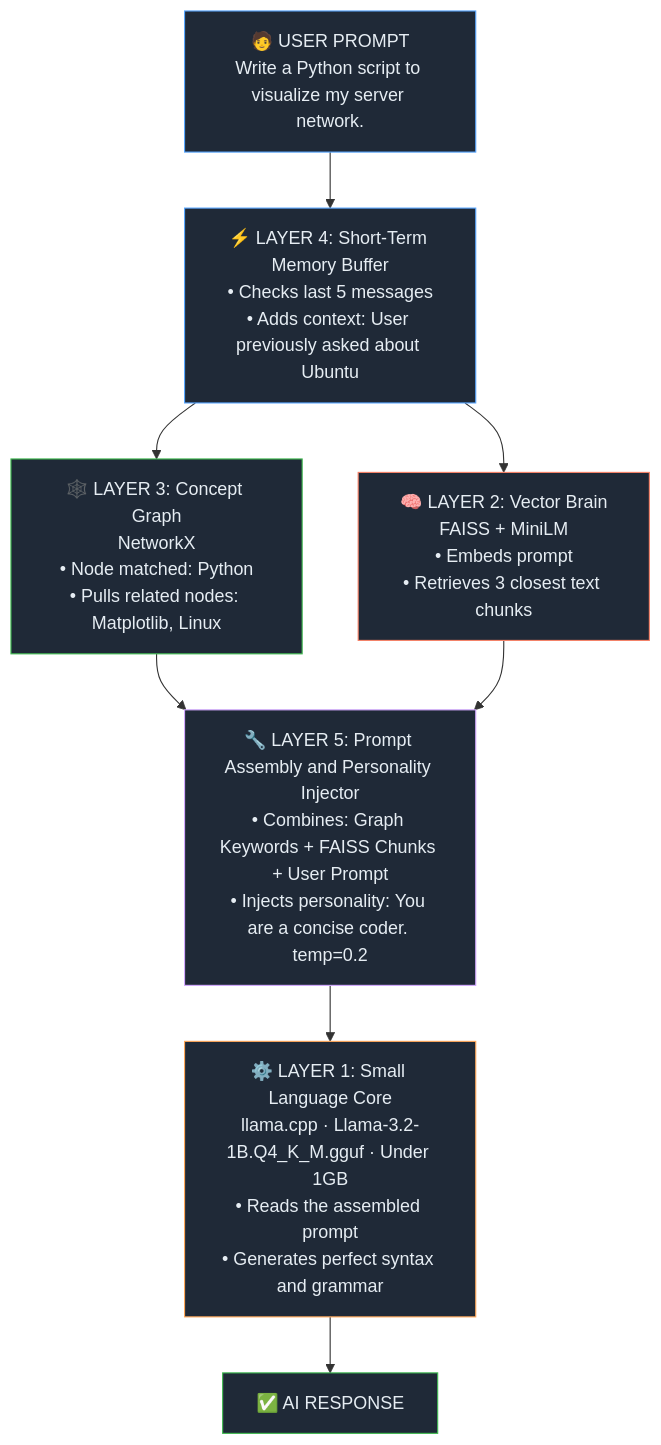
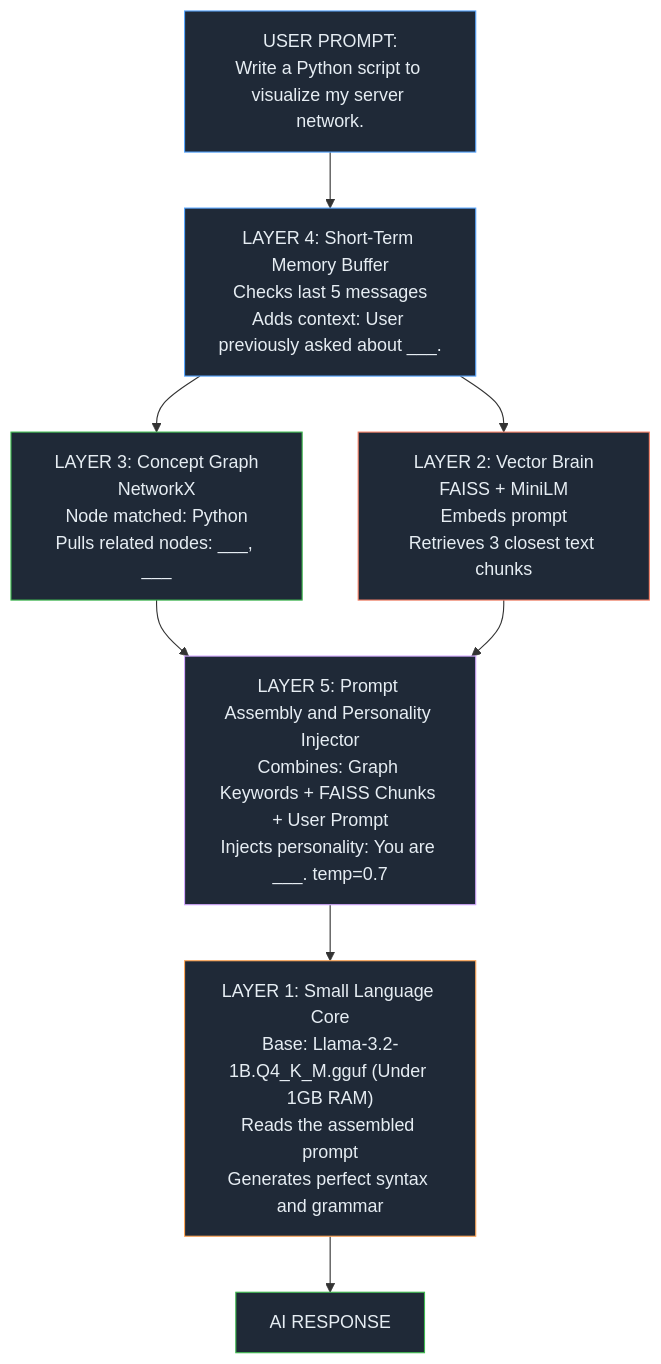
Before and after one commit to ItzSiden/Compositional-Artificial-Intelligence: the diagram in README.md, drawn with Mermaid. The commit also changed other lines of this file, not shown here.

````diff
--- a/README.md
+++ b/README.md
@@ -15,26 +15,26 @@
 ```mermaid
 flowchart TD
-    A["🧑 USER PROMPT<br/>Write a Python script to visualize my server network."]
+    A["USER PROMPT:<br/>Write a Python script to visualize my server network."]
 
-    A --> B["⚡ LAYER 4: Short-Term Memory Buffer<br/>• Checks last 5 messages<br/>• Adds context: User previously asked about Ubuntu"]
+    A --> B["LAYER 4: Short-Term Memory Buffer<br/>Checks last 5 messages<br/>Adds context: User previously asked about ___."]
 
     B --> C & D
 
-    C["🕸️ LAYER 3: Concept Graph<br/>NetworkX<br/>• Node matched: Python<br/>• Pulls related nodes: Matplotlib, Linux"]
+    C["LAYER 3: Concept Graph<br/>NetworkX<br/>Node matched: Python<br/>Pulls related nodes: ___, ___"]
 
-    D["🧠 LAYER 2: Vector Brain<br/>FAISS + MiniLM<br/>• Embeds prompt<br/>• Retrieves 3 closest text chunks"]
+    D["LAYER 2: Vector Brain<br/>FAISS + MiniLM<br/>Embeds prompt<br/>Retrieves 3 closest text chunks"]
 
-    C & D --> E["🔧 LAYER 5: Prompt Assembly and Personality Injector<br/>• Combines: Graph Keywords + FAISS Chunks + User Prompt<br/>• Injects personality: You are a concise coder. temp=0.2"]
+    C & D --> E["LAYER 5: Prompt Assembly and Personality Injector<br/>Combines: Graph Keywords + FAISS Chunks + User Prompt<br/>Injects personality: You are ___. temp=0.7"]
 
-    E --> F["⚙️ LAYER 1: Small Language Core<br/>llama.cpp · Llama-3.2-1B.Q4_K_M.gguf · Under 1GB<br/>• Reads the assembled prompt<br/>• Generates perfect syntax and grammar"]
+    E --> F["LAYER 1: Small Language Core<br/>Base: Llama-3.2-1B.Q4_K_M.gguf (Under 1GB RAM)<br/>Reads the assembled prompt<br/>Generates perfect syntax and grammar"]
 
-    F --> G["✅ AI RESPONSE"]
+    F --> G["AI RESPONSE"]
 
     style A fill:#1f2937,stroke:#58a6ff,color:#e6edf3
     style B fill:#1f2937,stroke:#58a6ff,color:#e6edf3
     style C fill:#1f2937,stroke:#3fb950,color:#e6edf3
     style D fill:#1f2937,stroke:#f78166,color:#e6edf3
     style E fill:#1f2937,stroke:#d2a8ff,color:#e6edf3
     style F fill:#1f2937,stroke:#ffa657,color:#e6edf3
     style G fill:#1f2937,stroke:#3fb950,color:#e6edf3
 ```
````
